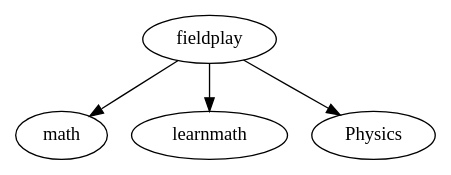
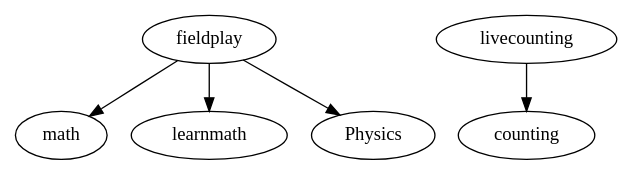
One commit to anvaka/map-of-reddit-data changed the diagram in graph/add/new-nodes.dot. Above: the diagram before and after it, drawn with Graphviz. The commit also changed 1 other file, not shown here.

Commit message:
added livecounting

```diff
--- a/graph/add/new-nodes.dot
+++ b/graph/add/new-nodes.dot
@@ -1,5 +1,6 @@
 digraph Add {
   "fieldplay" -> "math" ["weight"=1]
   "fieldplay" -> "learnmath" ["weight"=1]
   "fieldplay" -> "Physics" ["weight"=1]
+  "livecounting" -> "counting" ["weight"=1]
 }
```
